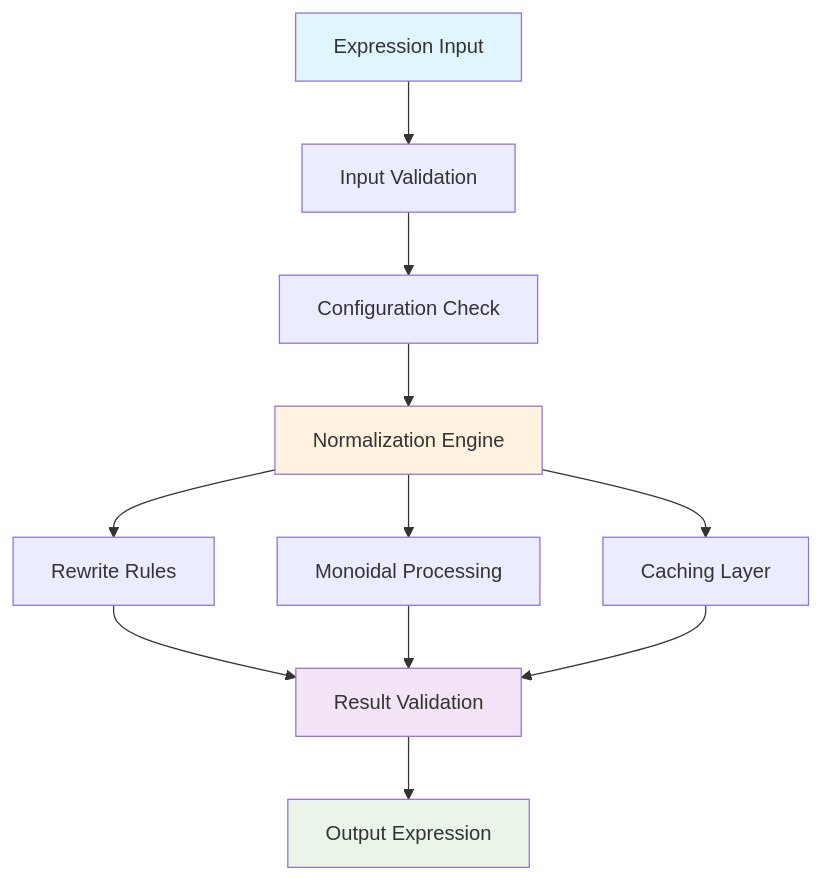
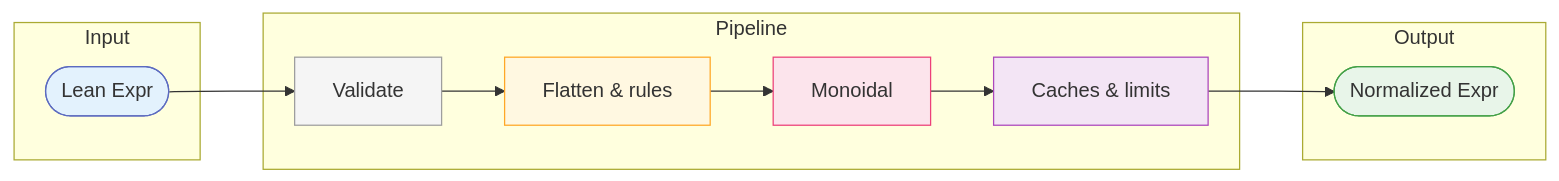
Before and after one commit to fraware/lean-cat-nf: the diagram in README.md, drawn with Mermaid. The commit also changed other lines of this file and 63 other files, not shown here.

````diff
--- a/README.md
+++ b/README.md
@@ -20,18 +27,22 @@
 ```mermaid
-graph TD
-    A[Expression Input] --> B[Input Validation]
-    B --> C[Configuration Check]
-    C --> D[Normalization Engine]
-    D --> E[Rewrite Rules]
-    D --> F[Monoidal Processing]
-    D --> G[Caching Layer]
-    E --> H[Result Validation]
-    F --> H
-    G --> H
-    H --> I[Output Expression]
-    
-    style A fill:#e1f5fe
-    style I fill:#e8f5e8
-    style D fill:#fff3e0
-    style H fill:#f3e5f5
+flowchart LR
+  subgraph in["Input"]
+    E(["Lean Expr"])
+  end
+  subgraph pipe["Pipeline"]
+    V[Validate]
+    N[Flatten & rules]
+    M[Monoidal]
+    C[Caches & limits]
+  end
+  subgraph out["Output"]
+    R(["Normalized Expr"])
+  end
+  E --> V --> N --> M --> C --> R
+  style E fill:#e3f2fd,stroke:#5c6bc0
+  style R fill:#e8f5e9,stroke:#43a047
+  style V fill:#f5f5f5,stroke:#9e9e9e
+  style N fill:#fff8e1,stroke:#ffa726
+  style M fill:#fce4ec,stroke:#ec407a
+  style C fill:#f3e5f5,stroke:#ab47bc
 ```
````
